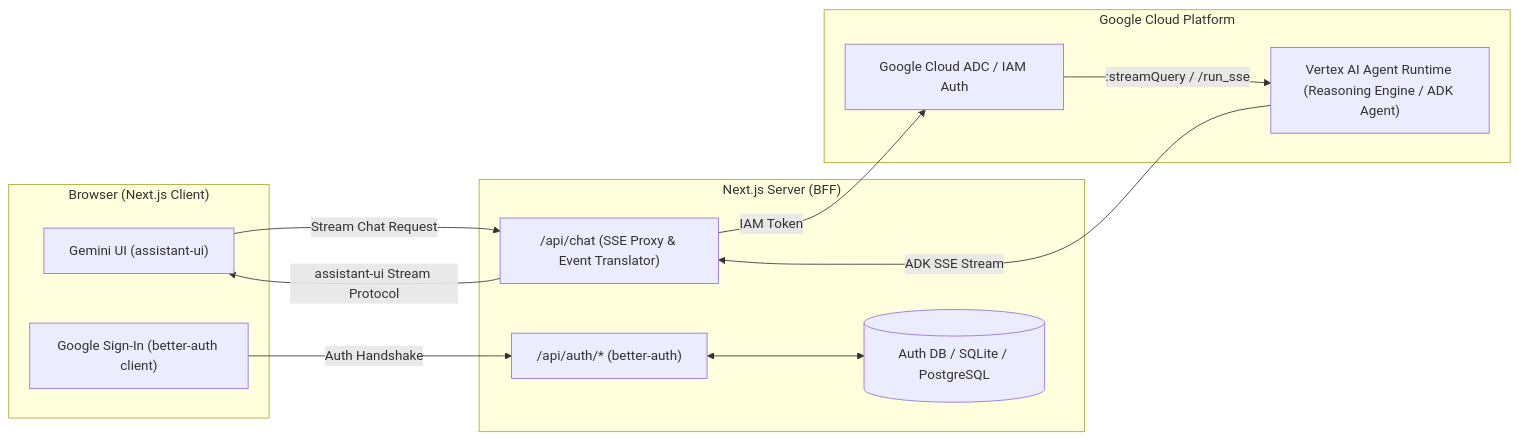
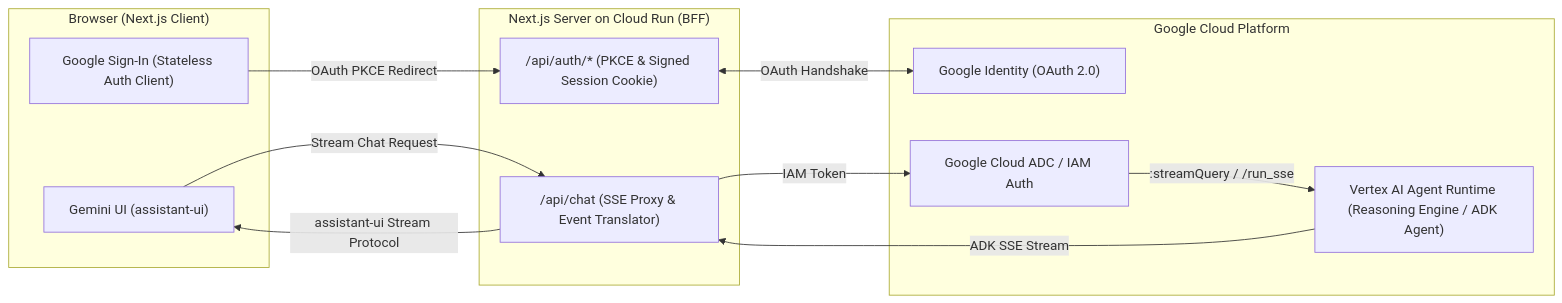
The diagram in docs/spec.md (mblanc/agent-runtime-ui), drawn with Mermaid before and after one commit. The commit also changed other lines of this file and 10 other files, not shown here.

Commit message:
feat: add Agent Runtime session service API routes and client

````diff
--- a/docs/spec.md
+++ b/docs/spec.md
@@ -16,26 +16,26 @@
 ```mermaid
 flowchart LR
     subgraph Client ["Browser (Next.js Client)"]
         UI["Gemini UI (assistant-ui)"]
-        AuthUI["Google Sign-In (better-auth client)"]
+        AuthUI["Google Sign-In (Stateless Auth Client)"]
     end
 
-    subgraph BFF ["Next.js Server (BFF)"]
-        AuthAPI["/api/auth/* (better-auth)"]
+    subgraph BFF ["Next.js Server on Cloud Run (BFF)"]
+        AuthAPI["/api/auth/* (PKCE & Signed Session Cookie)"]
         ChatAPI["/api/chat (SSE Proxy & Event Translator)"]
-        DB[(Auth DB / SQLite / PostgreSQL)]
     end
 
     subgraph GCP ["Google Cloud Platform"]
+        GoogleIdentity["Google Identity (OAuth 2.0)"]
         GCPAuth["Google Cloud ADC / IAM Auth"]
         AgentRuntime["Vertex AI Agent Runtime (Reasoning Engine / ADK Agent)"]
     end
 
     UI -->|Stream Chat Request| ChatAPI
-    AuthUI -->|Auth Handshake| AuthAPI
-    AuthAPI <--> DB
+    AuthUI -->|OAuth PKCE Redirect| AuthAPI
+    AuthAPI <-->|OAuth Handshake| GoogleIdentity
     ChatAPI -->|IAM Token| GCPAuth
     GCPAuth -->|:streamQuery / /run_sse| AgentRuntime
     AgentRuntime -->|ADK SSE Stream| ChatAPI
     ChatAPI -->|assistant-ui Stream Protocol| UI
 ```
````
